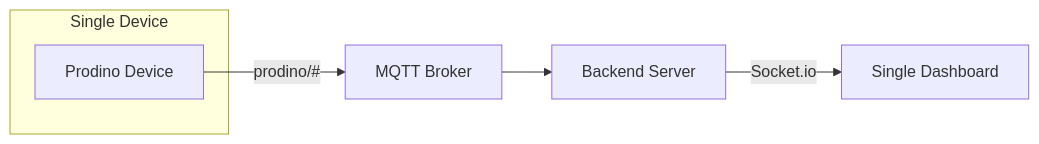
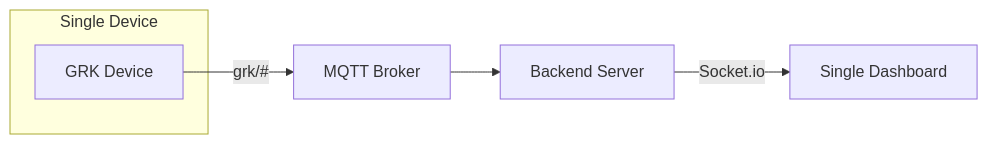
The first of 2 diagrams in firmware/docs/MULTI_DEVICE_IMPLEMENTATION_PLAN.md (Algo-vision/GG-Prodino), drawn with Mermaid before and after one commit. The commit also changed other lines of this file and 23 other files, not shown here.

First line of the commit message:
Rename Prodino -> GRK across code, docs, and MQTT topics

````diff
--- a/firmware/docs/MULTI_DEVICE_IMPLEMENTATION_PLAN.md
+++ b/firmware/docs/MULTI_DEVICE_IMPLEMENTATION_PLAN.md
@@ -28,10 +28,10 @@
 ```mermaid
 graph LR
     subgraph "Single Device"
-        D1[Prodino Device]
+        D1[GRK Device]
     end
     
-    D1 -->|prodino/#| MB[MQTT Broker]
+    D1 -->|grk/#| MB[MQTT Broker]
     MB --> BE[Backend Server]
     BE -->|Socket.io| UI[Single Dashboard]
 ```
````
